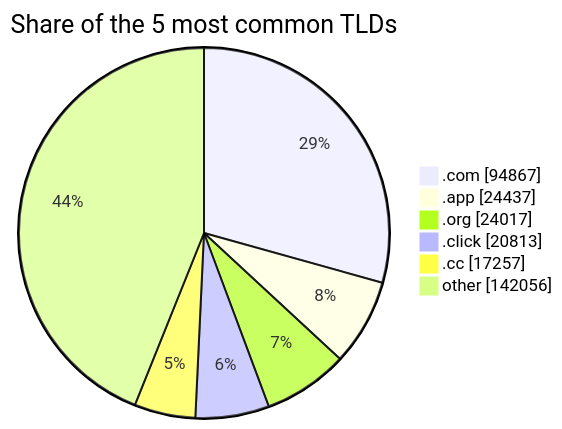
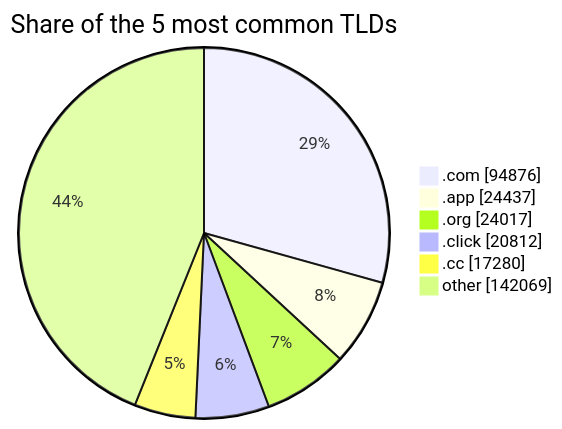
Before and after one commit to DNSBunker/CTI: the third of 3 diagrams in README.md, drawn with Mermaid. The commit also changed other lines of this file and 4 other files, not shown here.

````diff
--- a/README.md
+++ b/README.md
@@ -81,9 +81,9 @@
 ```mermaid
 pie showData title Share of the 5 most common TLDs
-    ".com" : 94867
+    ".com" : 94876
     ".app" : 24437
     ".org" : 24017
-    ".click" : 20813
-    ".cc" : 17257
-    "other" : 142056
+    ".click" : 20812
+    ".cc" : 17280
+    "other" : 142069
 ```
````
